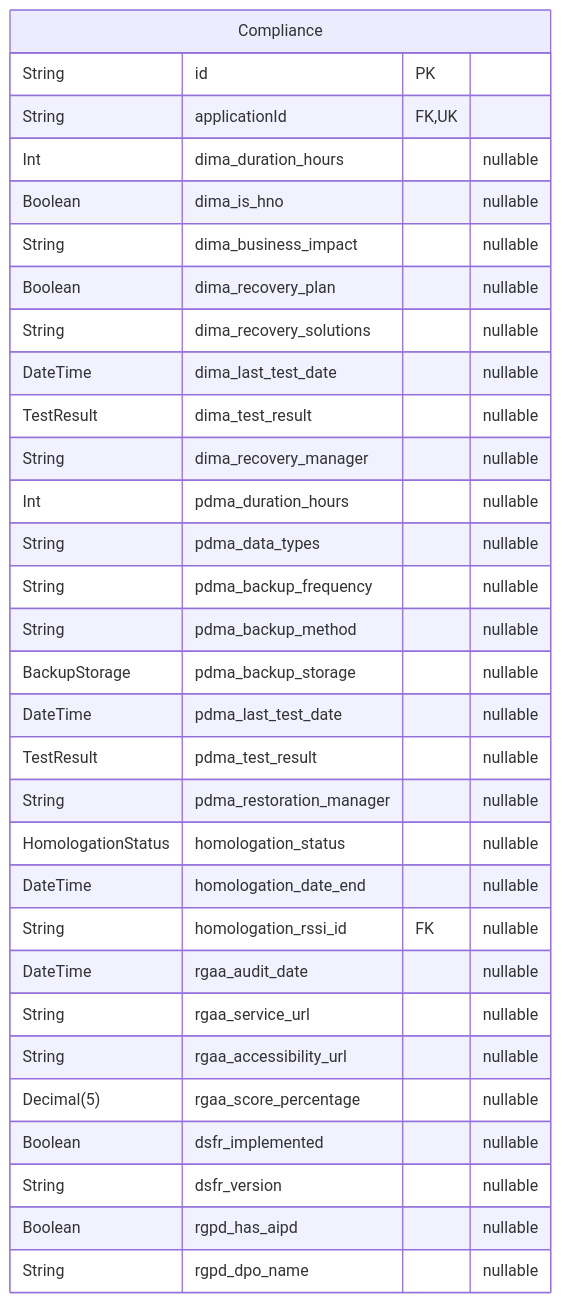
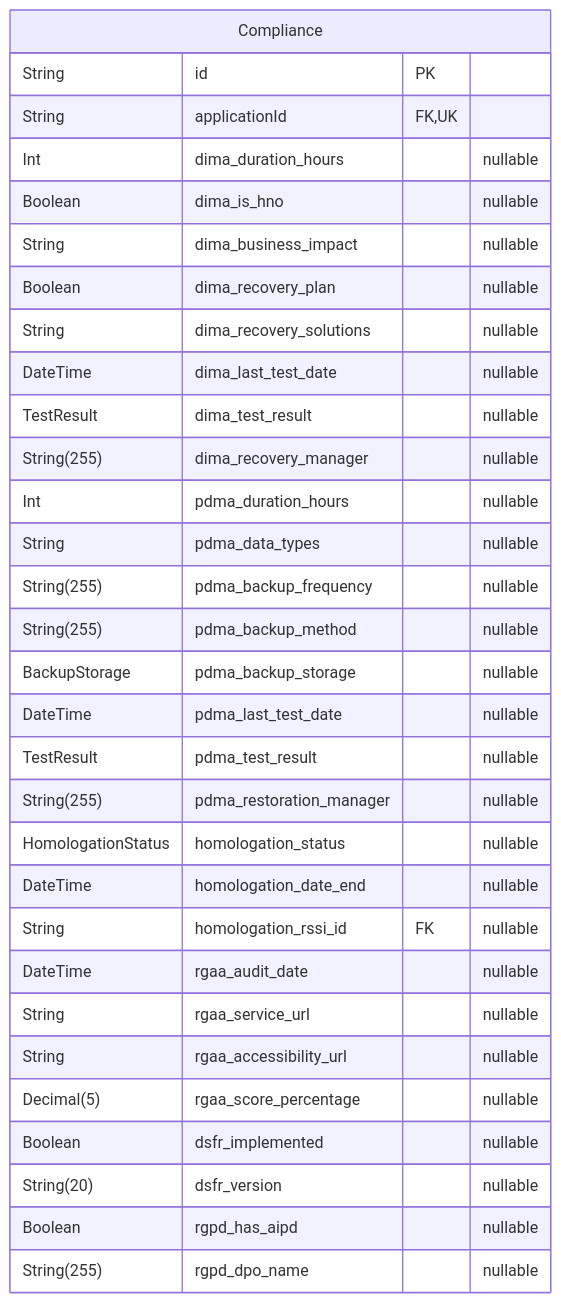
One commit to dnum-mi/referentiel-applications changed the third of 8 diagrams in backend/prisma/docs/schema.md. Above: the diagram before and after it, drawn with Mermaid. The commit also changed other lines of this file and 9 other files, not shown here.

````diff
--- a/backend/prisma/docs/schema.md
+++ b/backend/prisma/docs/schema.md
@@ -285,34 +285,34 @@
 ```mermaid
 erDiagram
 "Compliance" {
   String id PK
   String applicationId FK,UK
   Int dima_duration_hours "nullable"
   Boolean dima_is_hno "nullable"
   String dima_business_impact "nullable"
   Boolean dima_recovery_plan "nullable"
   String dima_recovery_solutions "nullable"
   DateTime dima_last_test_date "nullable"
   TestResult dima_test_result "nullable"
-  String dima_recovery_manager "nullable"
+  String(255) dima_recovery_manager "nullable"
   Int pdma_duration_hours "nullable"
   String pdma_data_types "nullable"
-  String pdma_backup_frequency "nullable"
-  String pdma_backup_method "nullable"
+  String(255) pdma_backup_frequency "nullable"
+  String(255) pdma_backup_method "nullable"
   BackupStorage pdma_backup_storage "nullable"
   DateTime pdma_last_test_date "nullable"
   TestResult pdma_test_result "nullable"
-  String pdma_restoration_manager "nullable"
+  String(255) pdma_restoration_manager "nullable"
   HomologationStatus homologation_status "nullable"
   DateTime homologation_date_end "nullable"
   String homologation_rssi_id FK "nullable"
   DateTime rgaa_audit_date "nullable"
   String rgaa_service_url "nullable"
   String rgaa_accessibility_url "nullable"
   Decimal(5) rgaa_score_percentage "nullable"
   Boolean dsfr_implemented "nullable"
-  String dsfr_version "nullable"
+  String(20) dsfr_version "nullable"
   Boolean rgpd_has_aipd "nullable"
-  String rgpd_dpo_name "nullable"
+  String(255) rgpd_dpo_name "nullable"
 }
 ```
````
